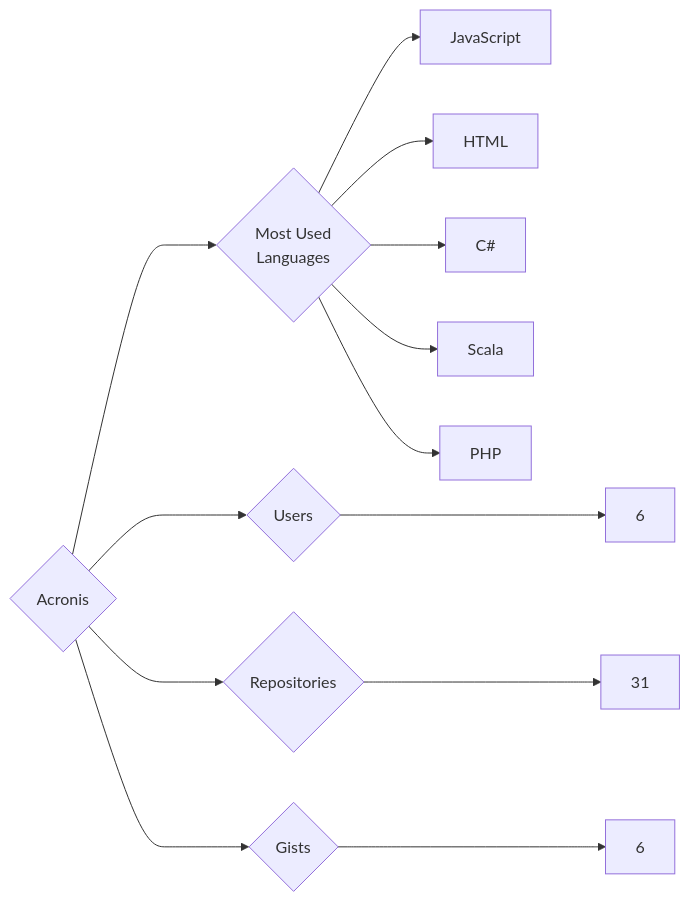
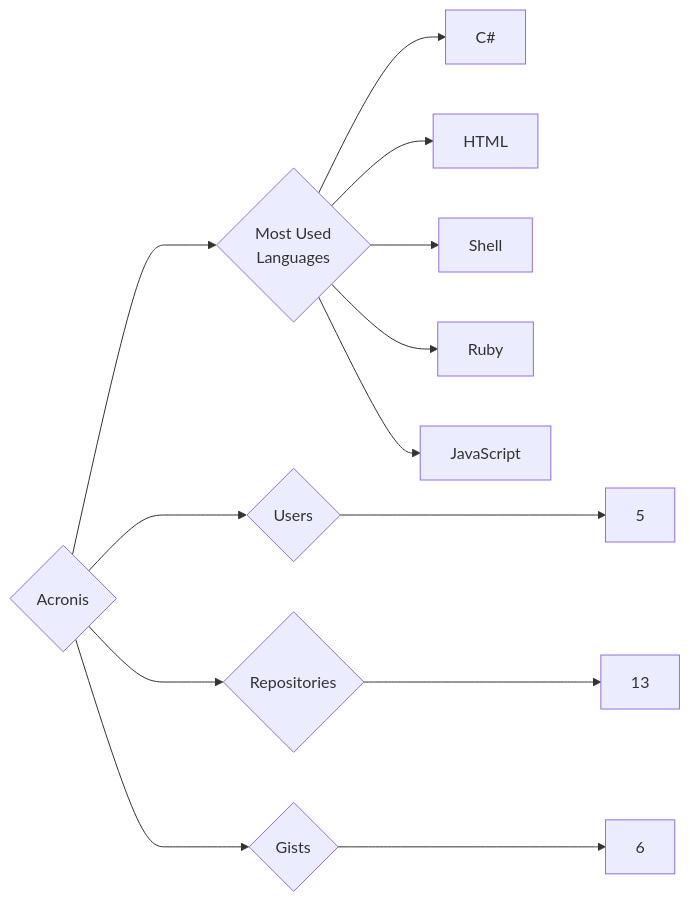
Before and after one commit to trickest/insiders: the diagram in targets/Acronis/README.md, drawn with Mermaid. The commit also changed 1020 other files, not shown here.

````diff
--- a/targets/Acronis/README.md
+++ b/targets/Acronis/README.md
@@ -3,13 +3,13 @@
 ```mermaid
 graph LR
 COMPANY_NAME{Acronis}
-COMPANY_NAME ---> U{Users} ---> UN[6]
-COMPANY_NAME ---> R{Repositories} ---> RN[31]
+COMPANY_NAME ---> U{Users} ---> UN[5]
+COMPANY_NAME ---> R{Repositories} ---> RN[13]
 COMPANY_NAME ---> G{Gists} ---> GN[6]
 COMPANY_NAME ---> ML{Most Used<br>Languages}
+ML --> C#[C#]
+ML --> HTML[HTML]
+ML --> Shell[Shell]
+ML --> Ruby[Ruby]
 ML --> JavaScript[JavaScript]
-ML --> HTML[HTML]
-ML --> C#[C#]
-ML --> Scala[Scala]
-ML --> PHP[PHP]
 ```
````
